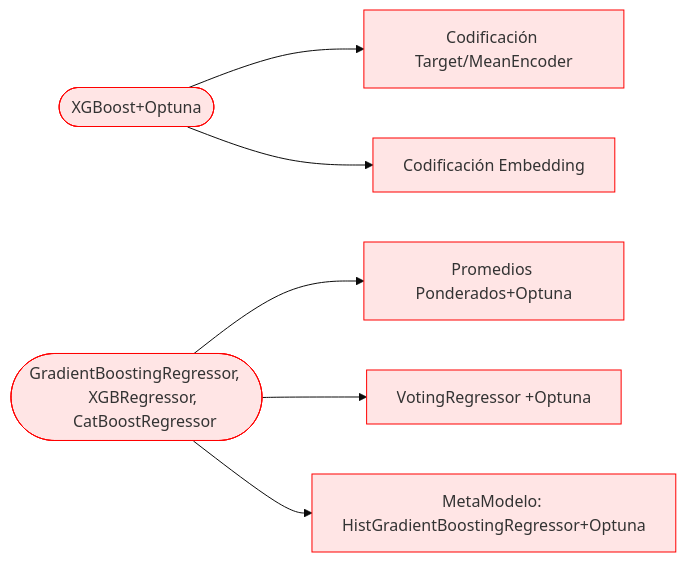
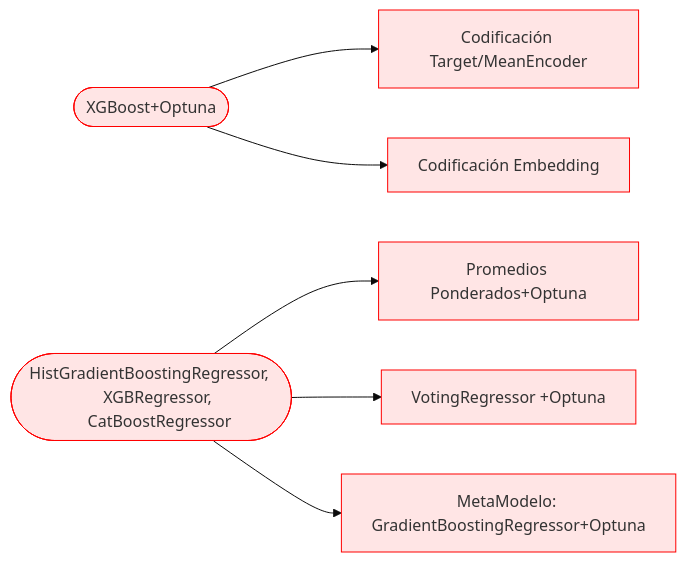
Before and after one commit to Rodzxc/Regression_Predict__sales: the first of 2 diagrams in README.md, drawn with Mermaid (base theme). The commit also changed other lines of this file, not shown here.

````diff
--- a/README.md
+++ b/README.md
@@ -1,24 +17,24 @@
 ```mermaid
 flowchart LR
     classDef foo stroke:#f00
     classDef foo fill:#ffe5e5
 
     classDef foi stroke:#ffcccc
     classDef foi fill:#ffe5e5
 
     st([XGBoost+Optuna])
     op1[Codificación Target/MeanEncoder]
     op2[Codificación Embedding]
 
     st:::foo --> op1:::foo & op2:::foo
  
 
-    st3([GradientBoostingRegressor, 
+    st3([HistGradientBoostingRegressor, 
     XGBRegressor, 
     CatBoostRegressor])
     op4[Promedios Ponderados+Optuna]
     op5[VotingRegressor +Optuna]
-    op6[MetaModelo: HistGradientBoostingRegressor+Optuna]
+    op6[MetaModelo: GradientBoostingRegressor+Optuna]
 
     st3:::foo--> op4:::foo & op5:::foo & op6:::foo
 ```
````
